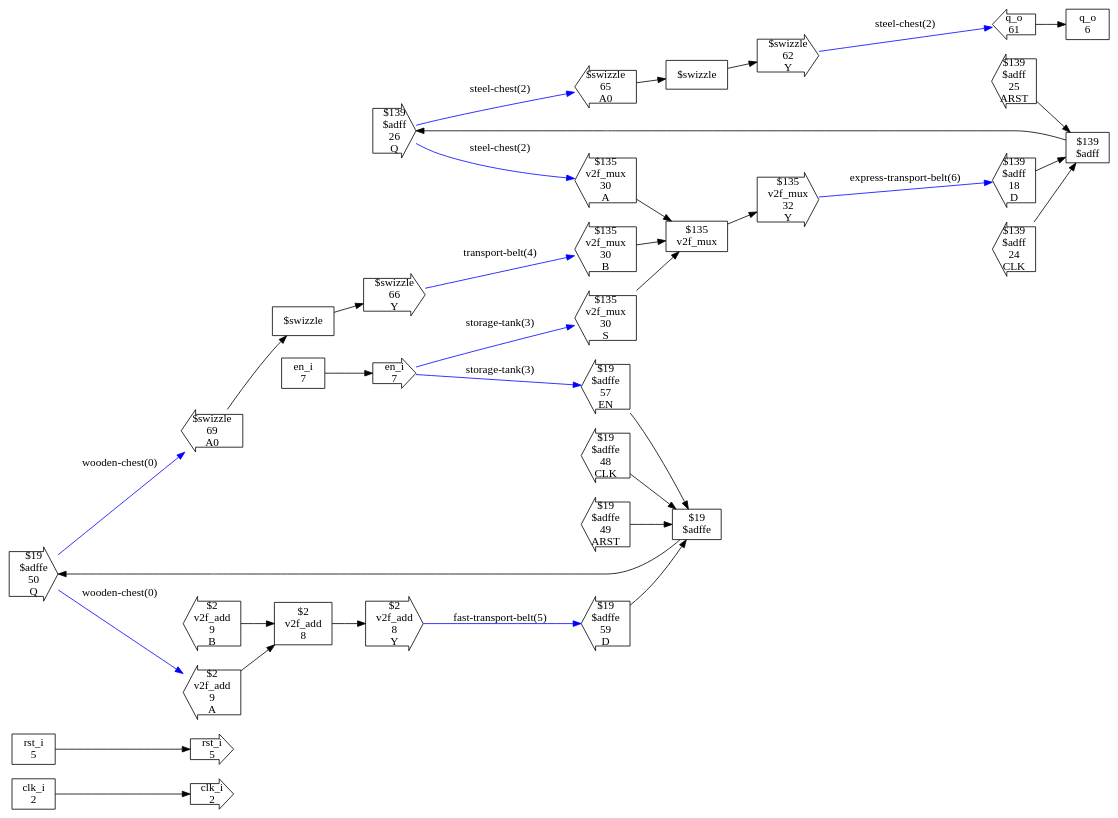
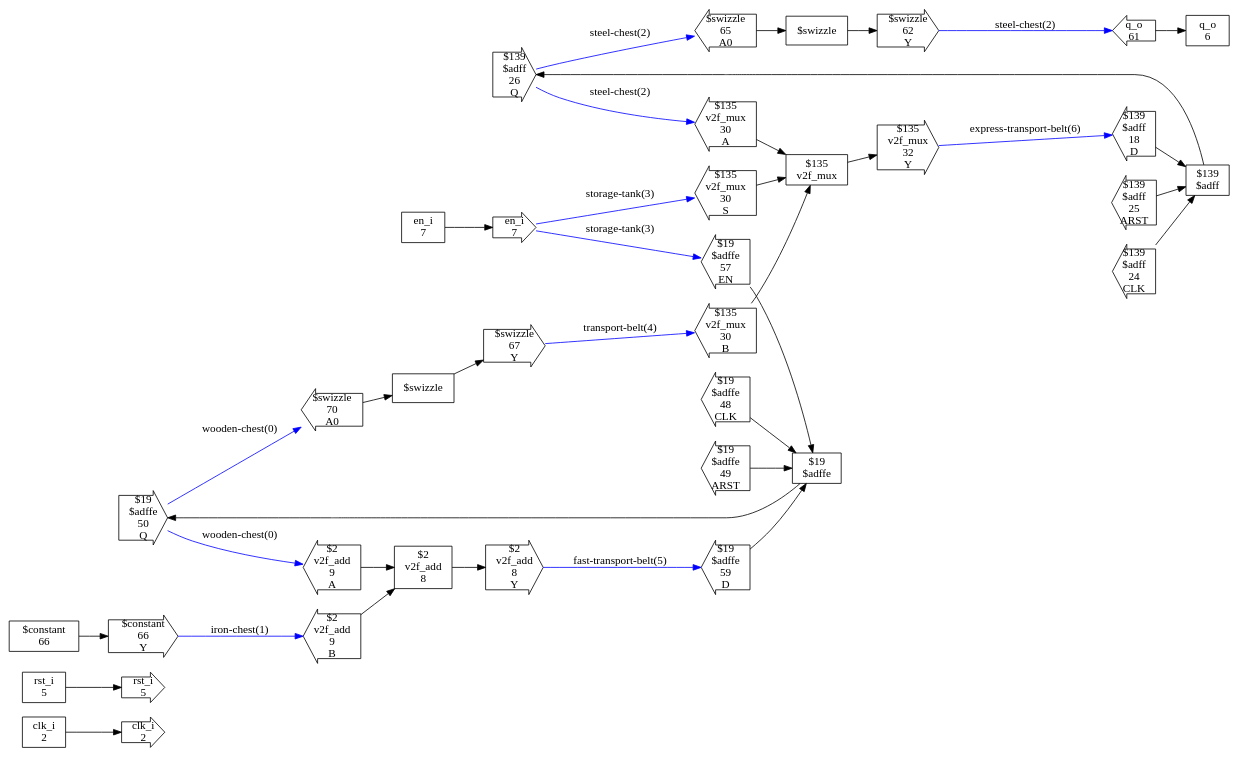
One commit to ben-j-c/verilog2factorio changed the diagram in test_designs/counter32_pt2/checked_design.dot. Above: the diagram before and after it, drawn with Graphviz. The commit also changed 29 other files, not shown here.

```diff
--- a/test_designs/counter32_pt2/checked_design.dot
+++ b/test_designs/counter32_pt2/checked_design.dot
@@ -1,140 +1,147 @@
 digraph CheckedDesign {
   rankdir=LR
   n0[shape=box,label="clk_i
 2"]
   n1[shape=box,label="rst_i
 5"]
   n2[shape=box,label="q_o
 6"]
   n3[shape=box,label="en_i
 7"]
   n4[shape=box,label="$2
 v2f_add
 8"]
   n5[shape=box,label="$139
 $adff"]
   n6[shape=box,label="$135
 v2f_mux"]
   n7[shape=box,label="$19
 $adffe"]
   n8[shape=rarrow,label="clk_i
 2"]
   n9[shape=rarrow,label="rst_i
 5"]
   n10[shape=larrow,label="q_o
 61"]
   n11[shape=rarrow,label="en_i
 7"]
   n12[shape=larrow,label="$2
 v2f_add
 9
 A"]
   n13[shape=larrow,label="$2
 v2f_add
 9
 B"]
   n14[shape=rarrow,label="$2
 v2f_add
 8
 Y"]
   n15[shape=larrow,label="$139
 $adff
 18
 D"]
   n16[shape=larrow,label="$139
 $adff
 24
 CLK"]
   n17[shape=larrow,label="$139
 $adff
 25
 ARST"]
   n18[shape=rarrow,label="$139
 $adff
 26
 Q"]
   n19[shape=larrow,label="$135
 v2f_mux
 30
 A"]
   n20[shape=larrow,label="$135
 v2f_mux
 30
 B"]
   n21[shape=larrow,label="$135
 v2f_mux
 30
 S"]
   n22[shape=rarrow,label="$135
 v2f_mux
 32
 Y"]
   n23[shape=larrow,label="$19
 $adffe
 59
 D"]
   n24[shape=larrow,label="$19
 $adffe
 48
 CLK"]
   n25[shape=larrow,label="$19
 $adffe
 57
 EN"]
   n26[shape=larrow,label="$19
 $adffe
 49
 ARST"]
   n27[shape=rarrow,label="$19
 $adffe
 50
 Q"]
   n28[shape=box,label="$swizzle"]
   n29[shape=rarrow,label="$swizzle
 62
 Y"]
   n30[shape=larrow,label="$swizzle
 65
 A0"]
+  n31[shape=box,label="$constant
+66"]
+  n32[shape=rarrow,label="$constant
+66
+Y"]
   n33[shape=box,label="$swizzle"]
   n34[shape=rarrow,label="$swizzle
-66
+67
 Y"]
   n35[shape=larrow,label="$swizzle
-69
+70
 A0"]
   n0 -> n8
   n1 -> n9
   n3 -> n11
   n4 -> n14
   n5 -> n18
   n6 -> n22
   n7 -> n27
   n10 -> n2
   n11 -> n21 [label="storage-tank(3)",syle=bold,color=blue]
   n11 -> n25 [label="storage-tank(3)",syle=bold,color=blue]
   n12 -> n4
   n13 -> n4
   n14 -> n23 [label="fast-transport-belt(5)",syle=bold,color=blue]
   n15 -> n5
   n16 -> n5
   n17 -> n5
   n18 -> n19 [label="steel-chest(2)",syle=bold,color=blue]
   n18 -> n30 [label="steel-chest(2)",syle=bold,color=blue]
   n19 -> n6
   n20 -> n6
   n21 -> n6
   n22 -> n15 [label="express-transport-belt(6)",syle=bold,color=blue]
   n23 -> n7
   n24 -> n7
   n25 -> n7
   n26 -> n7
   n27 -> n12 [label="wooden-chest(0)",syle=bold,color=blue]
   n27 -> n35 [label="wooden-chest(0)",syle=bold,color=blue]
   n28 -> n29
   n29 -> n10 [label="steel-chest(2)",syle=bold,color=blue]
   n30 -> n28
+  n31 -> n32
+  n32 -> n13 [label="iron-chest(1)",syle=bold,color=blue]
   n33 -> n34
   n34 -> n20 [label="transport-belt(4)",syle=bold,color=blue]
   n35 -> n33
 }
```
